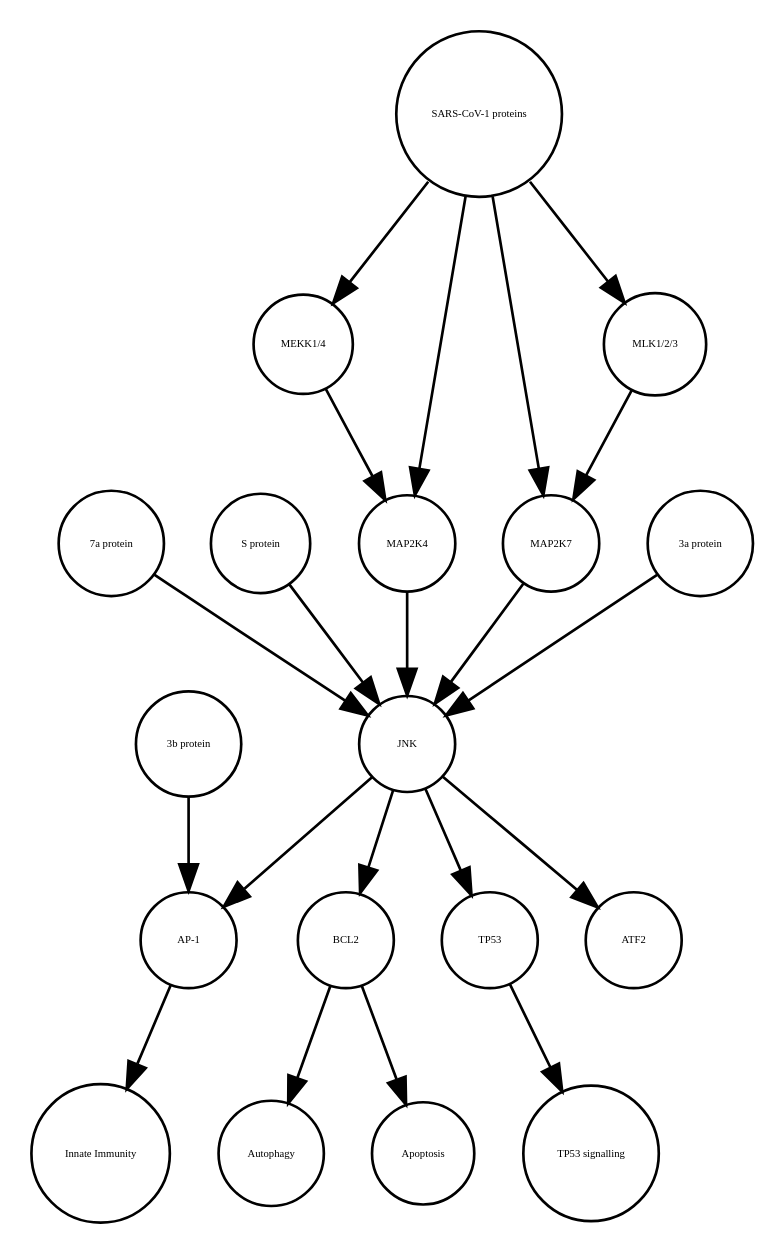
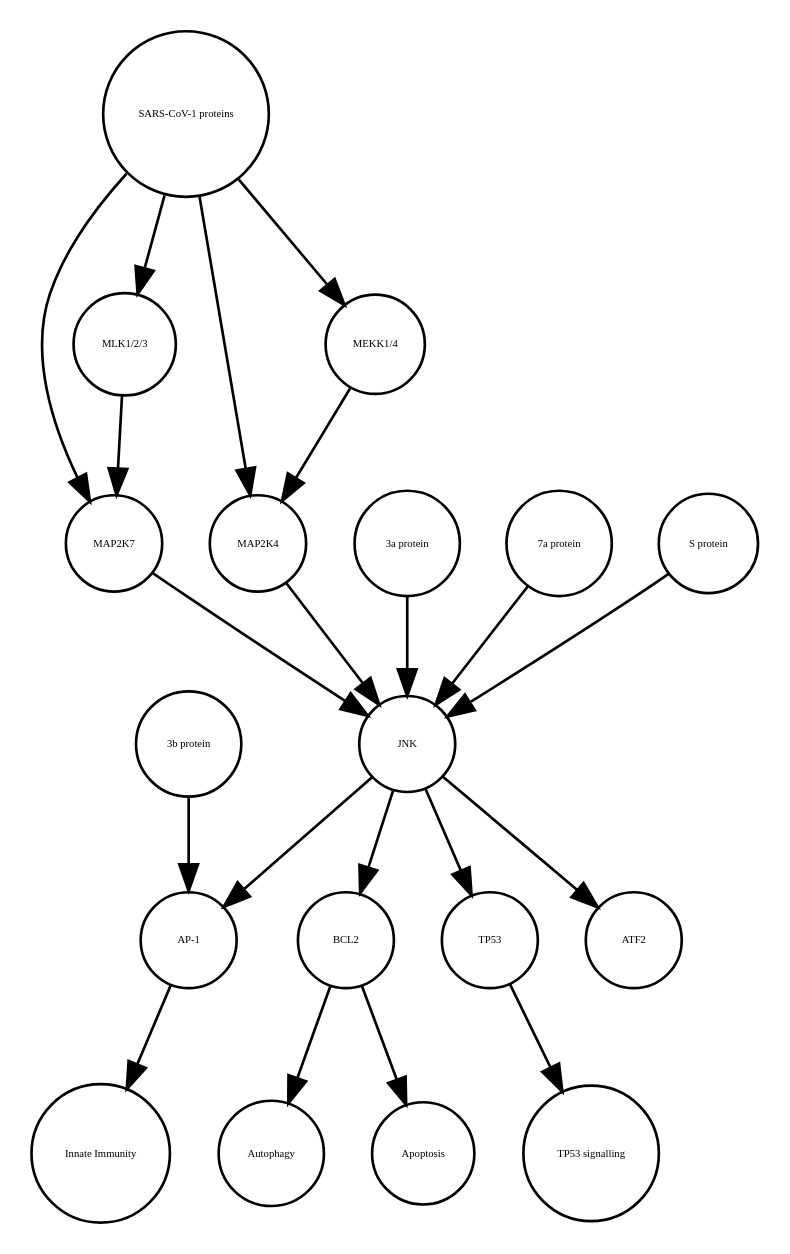
One commit to cannin/covid19-sbgn changed the diagram in JNK_pathway_v2.1.xml_projected.dot. Above: the diagram before and after it, drawn with Graphviz. The commit also changed other lines of this file and 572 other files, not shown here.

```diff
--- a/JNK_pathway_v2.1.xml_projected.dot
+++ b/JNK_pathway_v2.1.xml_projected.dot
@@ -1,40 +1,40 @@
 strict digraph  {
 BCL2 [annotation=urn_miriam_uniprot_P10415, bipartite=0, cls=macromolecule, fontsize=4, label=BCL2, shape=circle];
 Autophagy [annotation="", bipartite=0, cls=phenotype, fontsize=4, label=Autophagy, shape=circle];
 "AP-1" [annotation="", bipartite=0, cls=complex, fontsize=4, label="AP-1", shape=circle];
 "Innate Immunity" [annotation="", bipartite=0, cls=phenotype, fontsize=4, label="Innate Immunity", shape=circle];
 TP53 [annotation=urn_miriam_uniprot_P04637, bipartite=0, cls=macromolecule, fontsize=4, label=TP53, shape=circle];
 "TP53 signalling" [annotation="", bipartite=0, cls=phenotype, fontsize=4, label="TP53 signalling", shape=circle];
 Apoptosis [annotation="", bipartite=0, cls=phenotype, fontsize=4, label=Apoptosis, shape=circle];
+ATF2 [annotation=urn_miriam_uniprot_P15336, bipartite=0, cls=macromolecule, fontsize=4, label=ATF2, shape=circle];
+JNK [annotation="", bipartite=0, cls=complex, fontsize=4, label=JNK, shape=circle];
+"SARS-CoV-1 proteins" [annotation="", bipartite=0, cls=complex, fontsize=4, label="SARS-CoV-1 proteins", shape=circle];
+MAP2K7 [annotation=urn_miriam_uniprot_O14733, bipartite=0, cls=macromolecule, fontsize=4, label=MAP2K7, shape=circle];
+MAP2K4 [annotation=urn_miriam_uniprot_P45985, bipartite=0, cls=macromolecule, fontsize=4, label=MAP2K4, shape=circle];
+"3a protein" [annotation="", bipartite=0, cls=macromolecule, fontsize=4, label="3a protein", shape=circle];
 "MEKK1/4" [annotation="", bipartite=0, cls=complex, fontsize=4, label="MEKK1/4", shape=circle];
 "7a protein" [annotation="", bipartite=0, cls=macromolecule, fontsize=4, label="7a protein", shape=circle];
+"MLK1/2/3" [annotation="", bipartite=0, cls=complex, fontsize=4, label="MLK1/2/3", shape=circle];
+"3b protein" [annotation="", bipartite=0, cls=macromolecule, fontsize=4, label="3b protein", shape=circle];
 "S protein" [annotation="", bipartite=0, cls=macromolecule, fontsize=4, label="S protein", shape=circle];
-MAP2K4 [annotation=urn_miriam_uniprot_P45985, bipartite=0, cls=macromolecule, fontsize=4, label=MAP2K4, shape=circle];
-MAP2K7 [annotation=urn_miriam_uniprot_O14733, bipartite=0, cls=macromolecule, fontsize=4, label=MAP2K7, shape=circle];
-JNK [annotation="", bipartite=0, cls=complex, fontsize=4, label=JNK, shape=circle];
-"3b protein" [annotation="", bipartite=0, cls=macromolecule, fontsize=4, label="3b protein", shape=circle];
-"SARS-CoV-1 proteins" [annotation="", bipartite=0, cls=complex, fontsize=4, label="SARS-CoV-1 proteins", shape=circle];
-"3a protein" [annotation="", bipartite=0, cls=macromolecule, fontsize=4, label="3a protein", shape=circle];
-ATF2 [annotation=urn_miriam_uniprot_P15336, bipartite=0, cls=macromolecule, fontsize=4, label=ATF2, shape=circle];
-"MLK1/2/3" [annotation="", bipartite=0, cls=complex, fontsize=4, label="MLK1/2/3", shape=circle];
 BCL2 -> Autophagy  [annotation="", interaction_type="necessary stimulation"];
 BCL2 -> Apoptosis  [annotation="", interaction_type=inhibition];
 "AP-1" -> "Innate Immunity"  [annotation="", interaction_type="necessary stimulation"];
 TP53 -> "TP53 signalling"  [annotation="", interaction_type="necessary stimulation"];
-"MEKK1/4" -> MAP2K4  [annotation="urn_miriam_pubmed_31226023|urn_miriam_taxonomy_694009", interaction_type=stimulation];
-"7a protein" -> JNK  [annotation=urn_miriam_pubmed_17141229, interaction_type=stimulation];
-"S protein" -> JNK  [annotation=urn_miriam_pubmed_17267381, interaction_type=stimulation];
-MAP2K4 -> JNK  [annotation=urn_miriam_pubmed_17141229, interaction_type=stimulation];
-MAP2K7 -> JNK  [annotation=urn_miriam_pubmed_17141229, interaction_type=stimulation];
 JNK -> TP53  [annotation="", interaction_type=stimulation];
 JNK -> "AP-1"  [annotation=urn_miriam_pubmed_21561061, interaction_type=stimulation];
 JNK -> ATF2  [annotation="", interaction_type=stimulation];
 JNK -> BCL2  [annotation=urn_miriam_pubmed_10567572, interaction_type=stimulation];
+"SARS-CoV-1 proteins" -> "MLK1/2/3"  [annotation="urn_miriam_taxonomy_694009|urn_miriam_pubmed_31226023", interaction_type=stimulation];
+"SARS-CoV-1 proteins" -> MAP2K4  [annotation="urn_miriam_pubmed_31226023|urn_miriam_taxonomy_694009", interaction_type=stimulation];
+"SARS-CoV-1 proteins" -> "MEKK1/4"  [annotation="urn_miriam_pubmed_31226023|urn_miriam_taxonomy_694009", interaction_type=stimulation];
+"SARS-CoV-1 proteins" -> MAP2K7  [annotation="urn_miriam_pubmed_31226023|urn_miriam_taxonomy_694009", interaction_type=stimulation];
+MAP2K7 -> JNK  [annotation=urn_miriam_pubmed_17141229, interaction_type=stimulation];
+MAP2K4 -> JNK  [annotation=urn_miriam_pubmed_17141229, interaction_type=stimulation];
+"3a protein" -> JNK  [annotation=urn_miriam_pubmed_17141229, interaction_type=stimulation];
+"MEKK1/4" -> MAP2K4  [annotation="urn_miriam_pubmed_31226023|urn_miriam_taxonomy_694009", interaction_type=stimulation];
+"7a protein" -> JNK  [annotation=urn_miriam_pubmed_17141229, interaction_type=stimulation];
+"MLK1/2/3" -> MAP2K7  [annotation="urn_miriam_pubmed_31226023|urn_miriam_taxonomy_694009", interaction_type=stimulation];
 "3b protein" -> "AP-1"  [annotation=urn_miriam_pubmed_21561061, interaction_type=stimulation];
-"SARS-CoV-1 proteins" -> "MEKK1/4"  [annotation="urn_miriam_pubmed_31226023|urn_miriam_taxonomy_694009", interaction_type=stimulation];
-"SARS-CoV-1 proteins" -> MAP2K4  [annotation="urn_miriam_pubmed_31226023|urn_miriam_taxonomy_694009", interaction_type=stimulation];
-"SARS-CoV-1 proteins" -> MAP2K7  [annotation="urn_miriam_pubmed_31226023|urn_miriam_taxonomy_694009", interaction_type=stimulation];
-"SARS-CoV-1 proteins" -> "MLK1/2/3"  [annotation="urn_miriam_taxonomy_694009|urn_miriam_pubmed_31226023", interaction_type=stimulation];
-"3a protein" -> JNK  [annotation=urn_miriam_pubmed_17141229, interaction_type=stimulation];
-"MLK1/2/3" -> MAP2K7  [annotation="urn_miriam_pubmed_31226023|urn_miriam_taxonomy_694009", interaction_type=stimulation];
+"S protein" -> JNK  [annotation=urn_miriam_pubmed_17267381, interaction_type=stimulation];
 }
```
